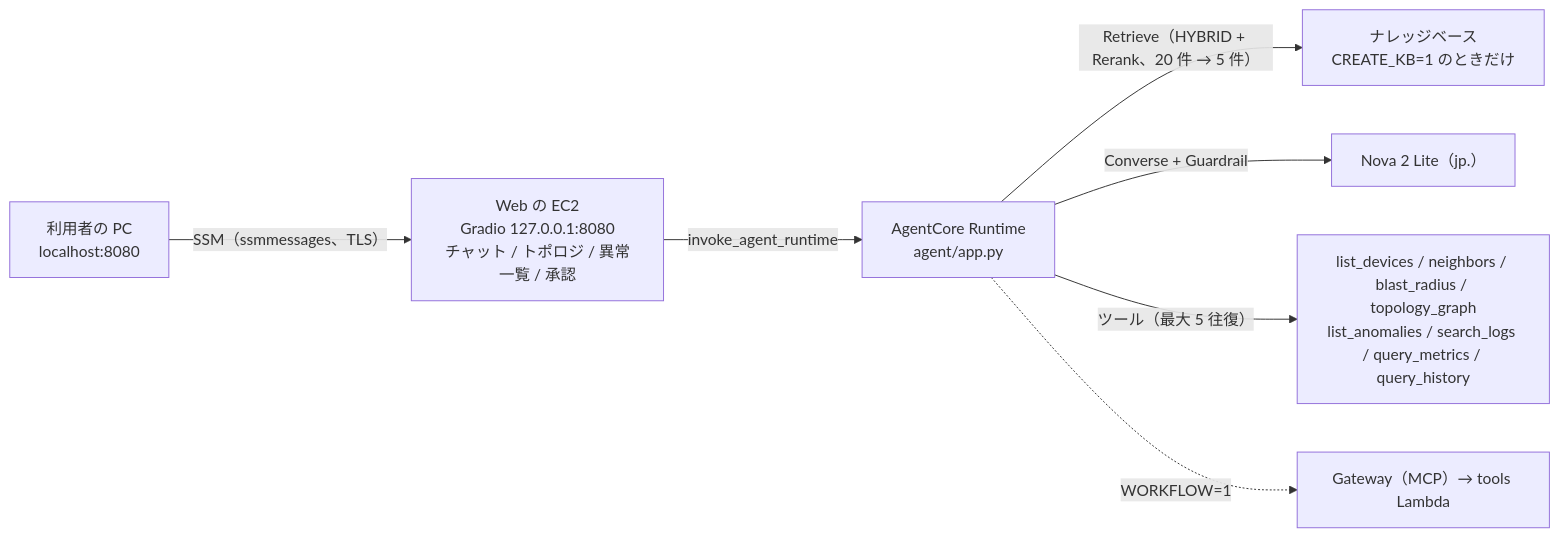
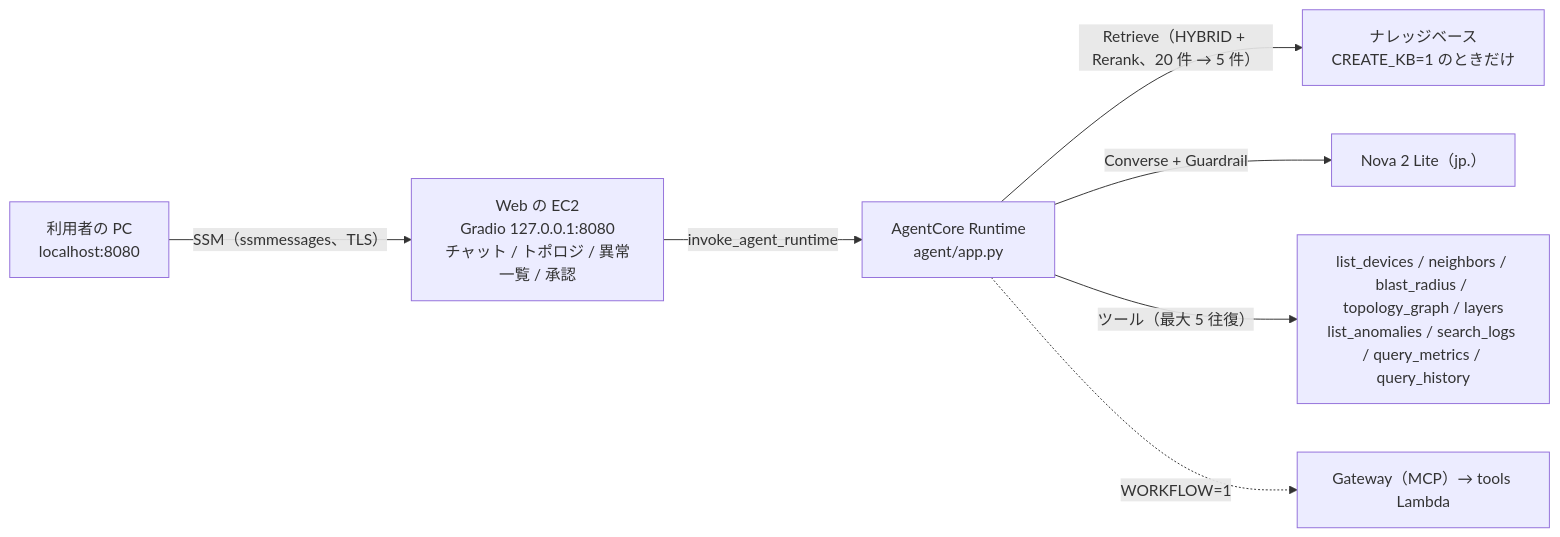
One commit to eddie-eights/cf-netops-sandbox changed the first of 2 diagrams in docs/architecture.md. Above: the diagram before and after it, drawn with Mermaid. The commit also changed other lines of this file and 76 other files, not shown here.

````diff
--- a/docs/architecture.md
+++ b/docs/architecture.md
@@ -9,9 +9,9 @@
 ```mermaid
 flowchart LR
   PC["利用者の PC<br/>localhost:8080"] -->|"SSM（ssmmessages、TLS）"| WEB["Web の EC2<br/>Gradio 127.0.0.1:8080<br/>チャット / トポロジ / 異常一覧 / 承認"]
   WEB -->|"invoke_agent_runtime"| RT["AgentCore Runtime<br/>agent/app.py"]
   RT -->|"Retrieve（HYBRID + Rerank、20 件 → 5 件）"| KB["ナレッジベース<br/>CREATE_KB=1 のときだけ"]
   RT -->|"Converse + Guardrail"| LLM["Nova 2 Lite（jp.）"]
-  RT -->|"ツール（最大 5 往復）"| TOOLS["list_devices / neighbors / blast_radius / topology_graph<br/>list_anomalies / search_logs / query_metrics / query_history"]
+  RT -->|"ツール（最大 5 往復）"| TOOLS["list_devices / neighbors / blast_radius / topology_graph / layers<br/>list_anomalies / search_logs / query_metrics / query_history"]
   RT -.->|"WORKFLOW=1"| GW["Gateway（MCP）→ tools Lambda"]
 ```
````
